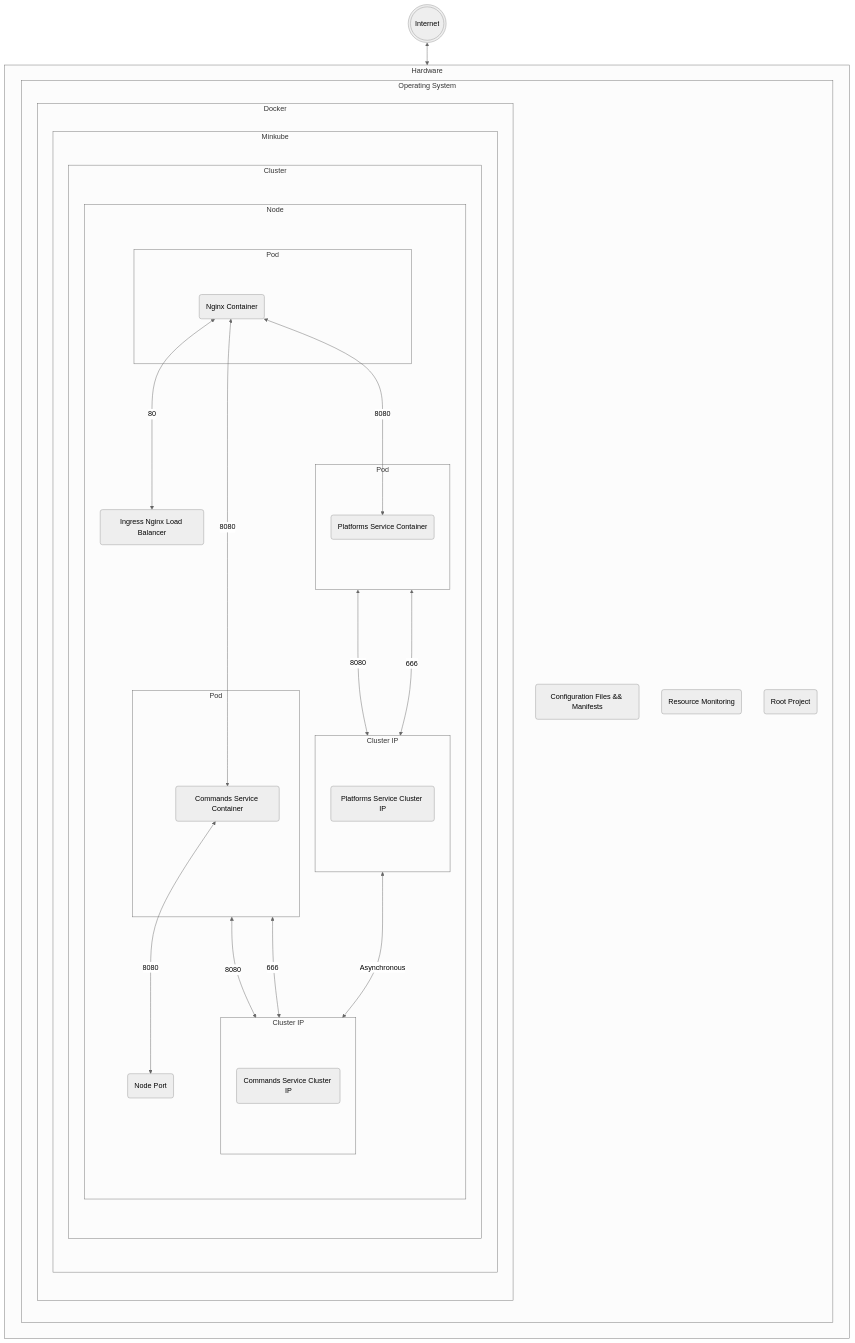
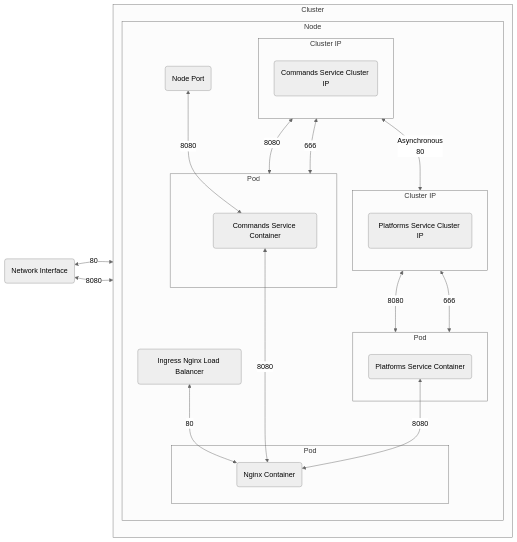
The first of 3 diagrams in README.md (nooneknowspeter/k8s-microservices), drawn with Mermaid before and after one commit. The commit also changed other lines of this file, not shown here.

Commit message:
docs: added diagram for cluster architecture

````diff
--- a/README.md
+++ b/README.md
@@ -52,78 +55,65 @@
 ```mermaid
 ---
-# title: Overview of Solutions Architecture (Single System)
+<!-- title: Diagram Illustrating Cluster Architecture of Microservices Deployments and Service Configurations -->
 config:
     theme: neutral
 ---
 
-graph TD;
-internet((( Internet )))
+graph LR;
+    %% network interface
+    networkInterface( Network Interface )
+    networkInterface <--80--> ingressController
+    networkInterface <--8080--> nodePort
 
-internet <--> hardware
+    %% minikube cluster
+    subgraph cluster[ Cluster ]
+        direction BT;
 
-subgraph hardware[ Hardware ]
-    subgraph system[ Operating System ]
-        configurations( Configuration Files && Manifests)
-        monitoring( Resource Monitoring )
-        project( Root Project )
-        subgraph runtime[ Docker ]
-            subgraph minikube[ Minkube ]
-                subgraph cluster[ Cluster ]
-                    direction BT;
+        subgraph node[ Node ]
+            %% commands service
+            subgraph commandsPod[ Pod ]
+                commandsServiceContainer( Commands Service Container)
+            end
 
-                    subgraph node[ Node ]
-                        %% commands service
-                        subgraph commandsPod[ Pod ]
-                            commandsServiceContainer( Commands Service Container)
-                        end
+            commandsPod <--8080--> commandsClusterIPService
+            commandsPod <--666--> commandsClusterIPService
 
-                        commandsPod <--8080--> commandsClusterIPService
-                        commandsPod <--666--> commandsClusterIPService
+            subgraph commandsClusterIPService[ Cluster IP ]
+                commandsClusterIP( Commands Service Cluster IP )
+            end
 
-                        subgraph commandsClusterIPService[ Cluster IP ]
-                            commandsClusterIP( Commands Service Cluster IP )
-                        end
+            %% platforms service
+            subgraph platformsPod[ Pod ]
+                platformsServiceContainer( Platforms Service Container)
+            end
 
-                        %% platforms service
-                        subgraph platformsPod[ Pod ]
-                            platformsServiceContainer( Platforms Service Container)
-                        end
+            platformsPod <--8080--> platformsClusterIPService
+            platformsPod <--666--> platformsClusterIPService
 
-                        platformsPod <--8080--> platformsClusterIPService
-                        platformsPod <--666--> platformsClusterIPService
+            subgraph platformsClusterIPService[ Cluster IP ]
+                platformsClusterIP( Platforms Service Cluster IP )
+            end
 
-                        subgraph platformsClusterIPService[ Cluster IP ]
-                            platformsClusterIP( Platforms Service Cluster IP )
-                        end
-
-                        %% nginx
-                        subgraph nginxPod[ Pod ]
-                            nginxContainer( Nginx Container)
-                        end
+            %% nginx
+            subgraph nginxPod[ Pod ]
+                nginxContainer( Nginx Container)
+            end
 
 
-                        %% node port
-                        nodePort( Node Port )
+            %% node port
+            nodePort( Node Port )
 
 
-                        %% ingress controller
-                        ingressController( Ingress Nginx Load Balancer )
+            %% ingress controller
+            ingressController( Ingress Nginx Load Balancer )
 
-                        %% connections
-                        commandsServiceContainer <--8080--> nodePort
+            %% connections
+            commandsServiceContainer <--8080--> nodePort
+            nginxContainer <--80--> ingressController
+            nginxContainer <--8080--> platformsServiceContainer
+            nginxContainer <--8080--> commandsServiceContainer
+            platformsClusterIPService <--Asynchronous \n 80--> commandsClusterIPService
 
-                        nginxContainer <--80--> ingressController
-
-                        nginxContainer <--8080--> platformsServiceContainer
-
-                        nginxContainer <--8080--> commandsServiceContainer
-
-                        platformsClusterIPService <--Asynchronous--> commandsClusterIPService
-
-                    end
-                end
-            end
         end
     end
-end
 ```
````
